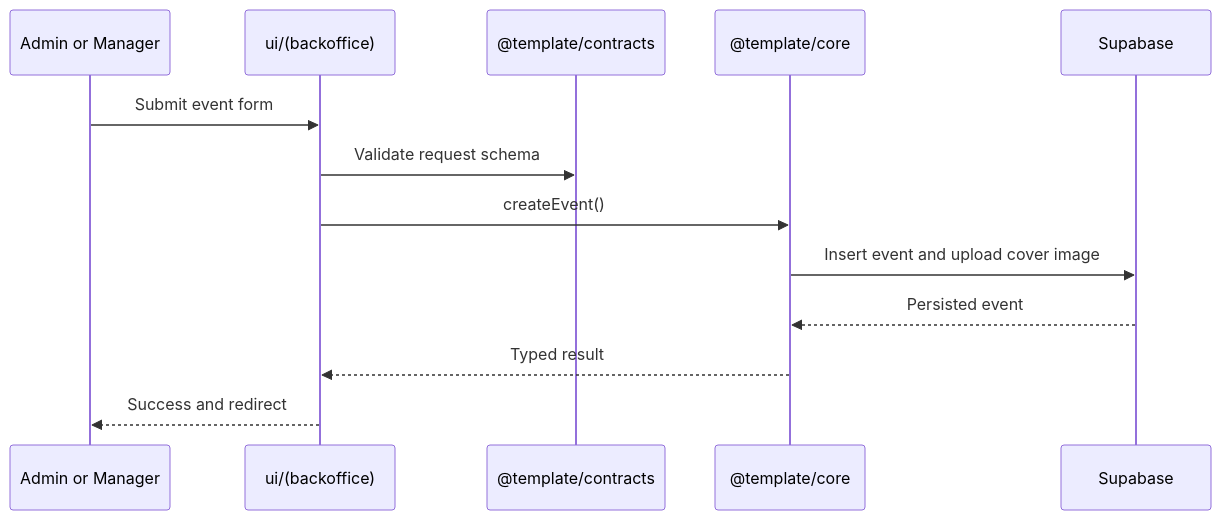
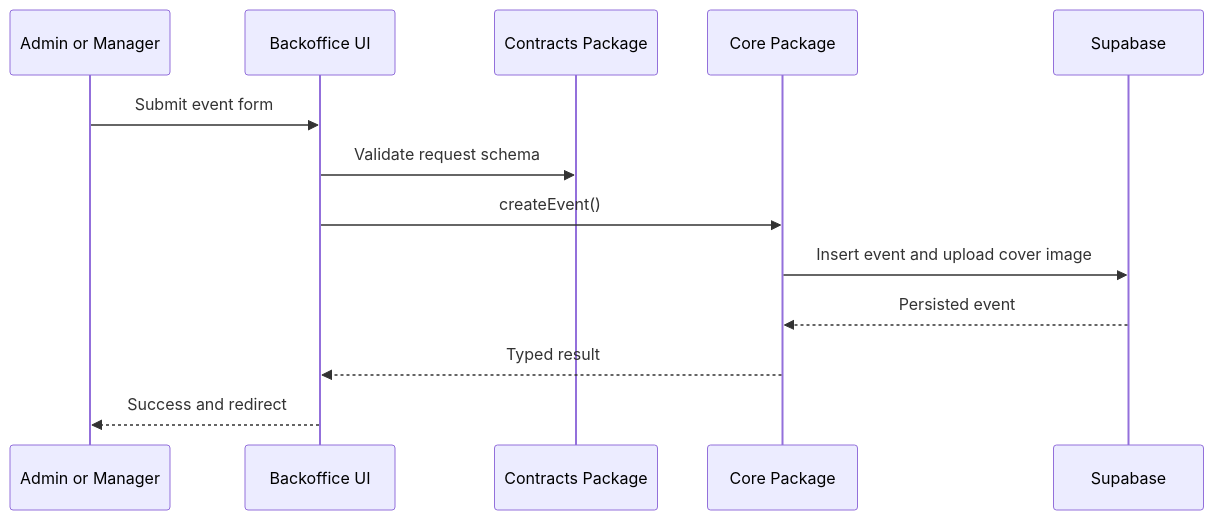
Before and after one commit to dtaborda/startup-saas-template: the fifth of 8 diagrams in docs/tickets/salaticket-monorepo-architecture.md, drawn with Mermaid. The commit also changed other lines of this file, not shown here.

Commit message:
docs(tickets): fix Mermaid rendering compatibility

````diff
--- a/docs/tickets/salaticket-monorepo-architecture.md
+++ b/docs/tickets/salaticket-monorepo-architecture.md
@@ -243,16 +243,16 @@
 ```mermaid
 sequenceDiagram
     participant Admin as Admin or Manager
-    participant UI as ui/(backoffice)
-    participant Contracts as @template/contracts
-    participant Core as @template/core
+    participant UI as Backoffice UI
+    participant Contracts as Contracts Package
+    participant Core as Core Package
     participant Supabase as Supabase
 
     Admin->>UI: Submit event form
     UI->>Contracts: Validate request schema
     UI->>Core: createEvent()
     Core->>Supabase: Insert event and upload cover image
     Supabase-->>Core: Persisted event
     Core-->>UI: Typed result
     UI-->>Admin: Success and redirect
 ```
````
